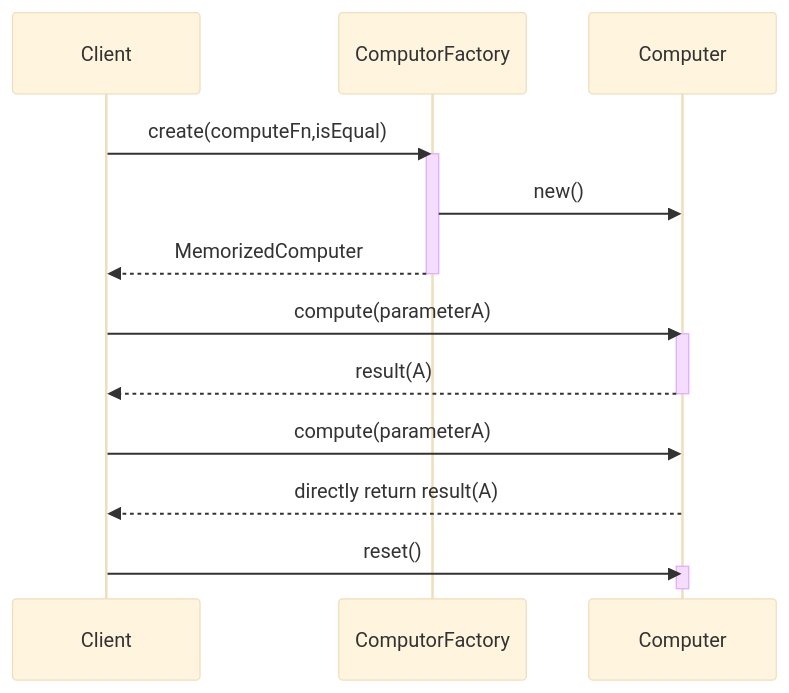
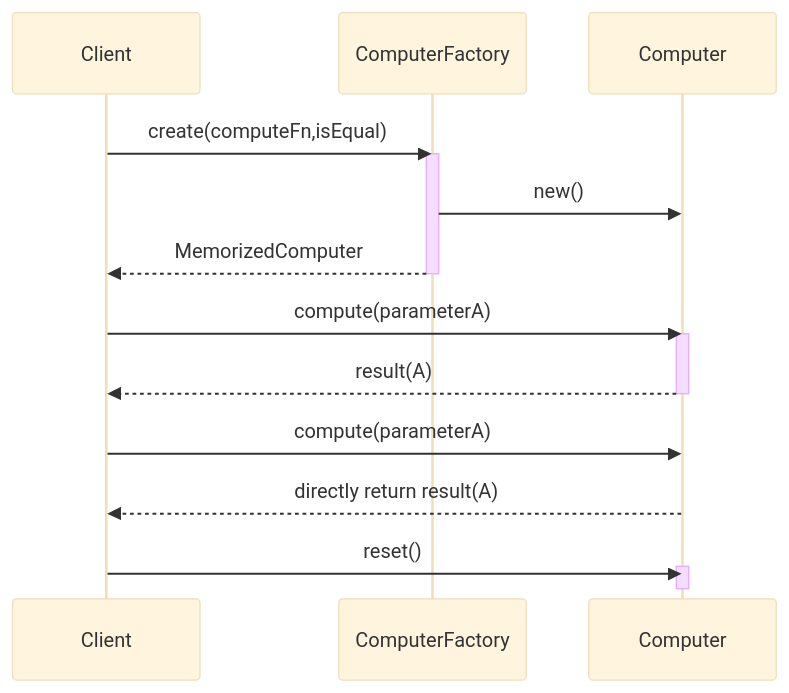
Before and after one commit to metasong/iam-data: the diagram in documents/MemorizedCompute Pattern_210.md, drawn with Mermaid (base theme). The commit also changed other lines of this file, not shown here.

````diff
--- a/documents/MemorizedCompute Pattern_210.md
+++ b/documents/MemorizedCompute Pattern_210.md
@@ -40,21 +40,21 @@
 ```mermaid
 sequenceDiagram
 	participant C as Client
-    participant F as ComputorFactory
+    participant F as ComputerFactory
     participant P as Computer
     C->>F:create(computeFn,isEqual)
     activate F
     F->>P:new()
     F-->>C:MemorizedComputer
     deactivate F
     C->>P:compute(parameterA)
     activate P
     P-->>C:result(A)
     deactivate P
     C->>P:compute(parameterA)
     P-->>C:directly return result(A)
     C->>P:reset()
     activate P
     deactivate P
     
 ```
````
